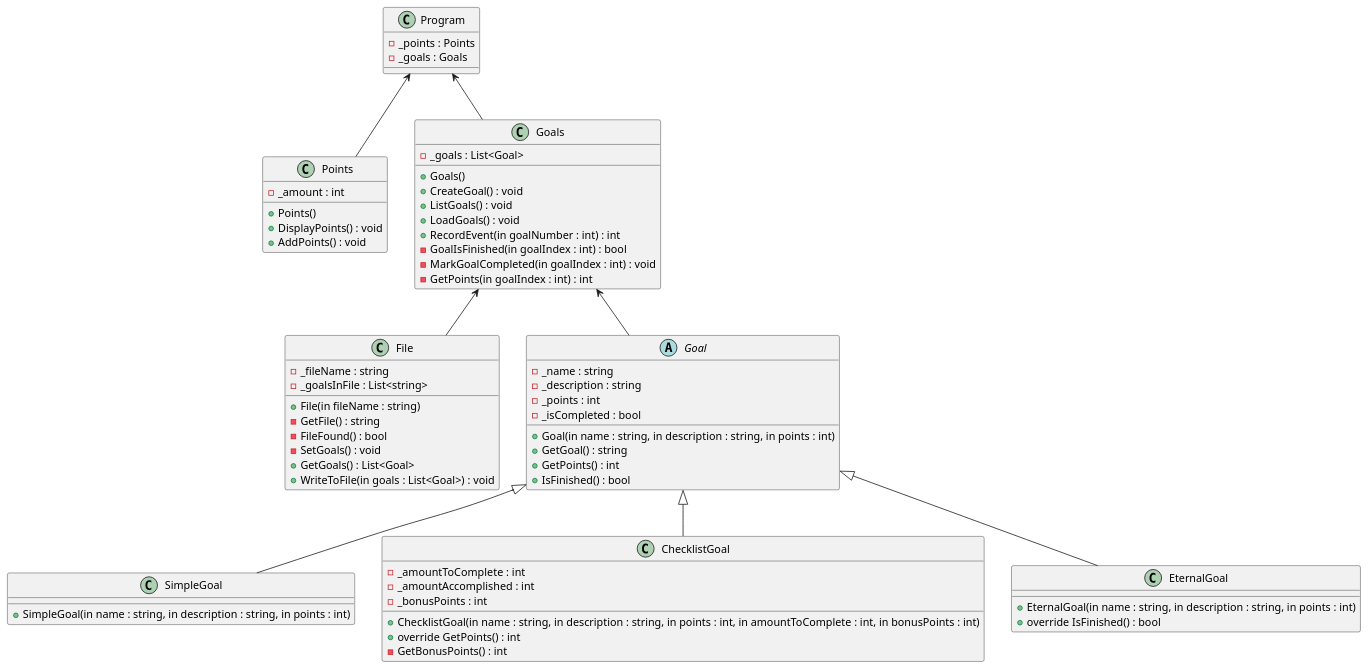
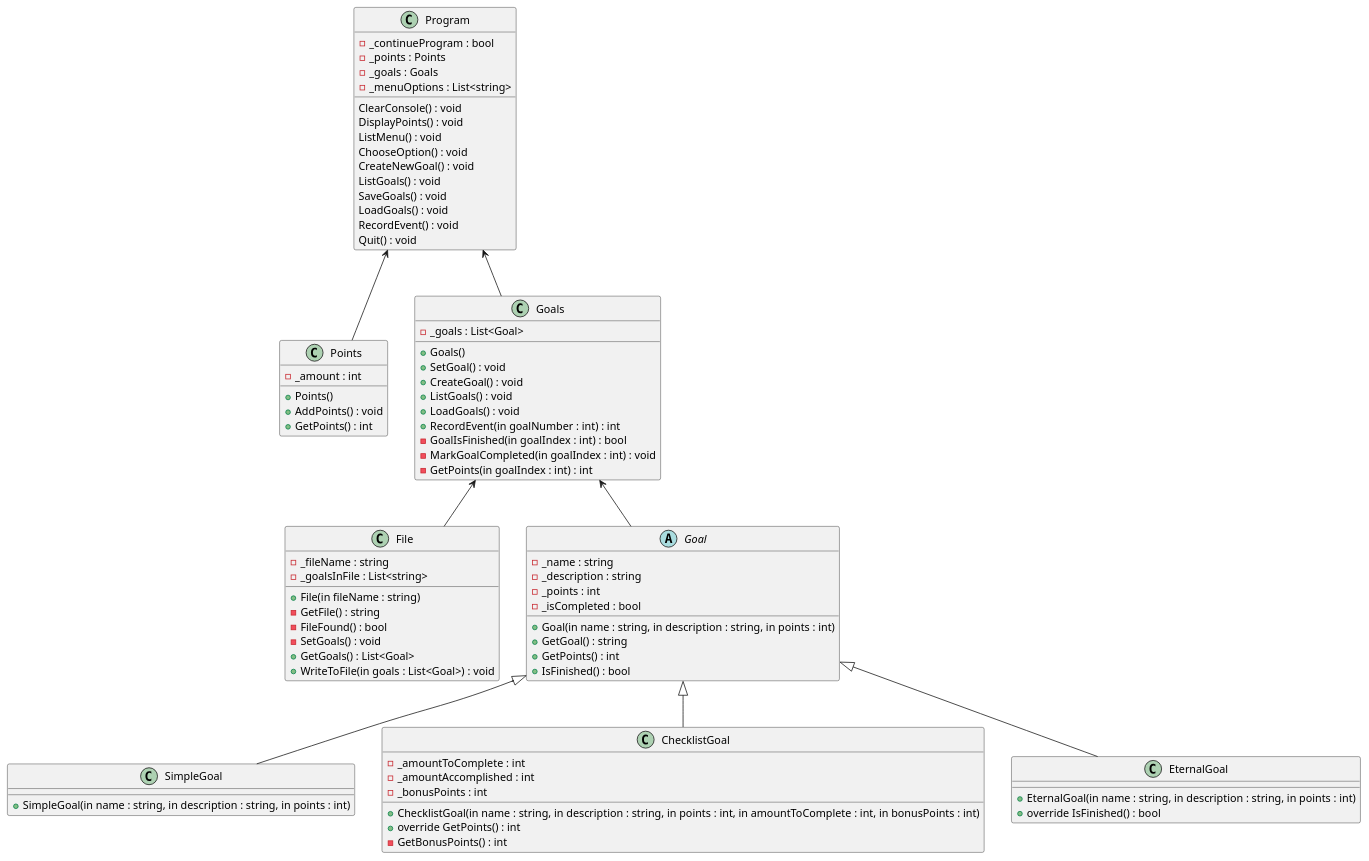
The diagram in prove/Develop05/design.puml (joshwmerrell/cse210-projects), drawn with PlantUML before and after one commit. The commit also changed 2 other files, not shown here.

Commit message:
Set up all the methods for Program.cs and updated Points.cs and design.puml.

```diff
--- a/prove/Develop05/design.puml
+++ b/prove/Develop05/design.puml
@@ -1,83 +1,96 @@
 @startuml design
 
 class Program
 {
+    -_continueProgram : bool
     -_points : Points
     -_goals : Goals
+    -_menuOptions : List<string>
+    ClearConsole() : void
+    DisplayPoints() : void
+    ListMenu() : void
+    ChooseOption() : void
+    CreateNewGoal() : void
+    ListGoals() : void
+    SaveGoals() : void
+    LoadGoals() : void
+    RecordEvent() : void
+    Quit() : void
 }
 
 class Points
 {
     -_amount : int
     +Points()
-    +DisplayPoints() : void
     +AddPoints() : void
+    +GetPoints() : int
 }
 
 class Goals
 {
     -_goals : List<Goal>
     +Goals()
+    +SetGoal() : void
     +CreateGoal() : void
     +ListGoals() : void
     +LoadGoals() : void
     +RecordEvent(in goalNumber : int) : int
     -GoalIsFinished(in goalIndex : int) : bool
     -MarkGoalCompleted(in goalIndex : int) : void
     -GetPoints(in goalIndex : int) : int
 }
 
 class File
 {
     -_fileName : string
     -_goalsInFile : List<string>
     +File(in fileName : string)
     -GetFile() : string
     -FileFound() : bool
     -SetGoals() : void
     +GetGoals() : List<Goal>
     +WriteToFile(in goals : List<Goal>) : void
 }
 
 abstract Goal
 {
     -_name : string
     -_description : string
     -_points : int
     -_isCompleted : bool
     +Goal(in name : string, in description : string, in points : int)
     +GetGoal() : string
     +GetPoints() : int
     +IsFinished() : bool
 }
 
 class SimpleGoal
 {
     +SimpleGoal(in name : string, in description : string, in points : int)
 }
 
 class ChecklistGoal
 {
     -_amountToComplete : int
     -_amountAccomplished : int
     -_bonusPoints : int
     +ChecklistGoal(in name : string, in description : string, in points : int, in amountToComplete : int, in bonusPoints : int)
     +override GetPoints() : int
     -GetBonusPoints() : int
 }
 
 class EternalGoal
 {
     +EternalGoal(in name : string, in description : string, in points : int)
     +override IsFinished() : bool
 }
 
 Program <-- Points
 Program <-- Goals
 Goals <-- Goal
 Goals <-- File
 Goal <|-- SimpleGoal
 Goal <|-- ChecklistGoal
 Goal <|-- EternalGoal
 
 @enduml
```
